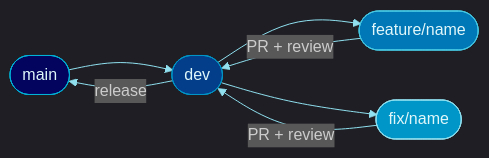
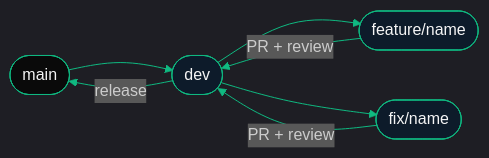
One commit to COS301-SE-2026/Neighbourhood-WatchDog changed the second of 2 diagrams in README.md. Above: the diagram before and after it, drawn with Mermaid. The commit also changed other lines of this file, not shown here.

````diff
--- a/README.md
+++ b/README.md
@@ -469,22 +469,22 @@
 ```mermaid
 %%{init: {'theme':'dark', 'themeVariables': {
-  'primaryColor':'#00B4D8','primaryTextColor':'#E0F7FA',
-  'primaryBorderColor':'#0096C7','lineColor':'#90E0EF',
-  'secondaryColor':'#0D1B2A','tertiaryColor':'#03045E','background':'#03045E'
+  'primaryColor':'#10B981','primaryTextColor':'#F5F5F5',
+  'primaryBorderColor':'#10B981','lineColor':'#10B981',
+  'secondaryColor':'#0D1B2A','tertiaryColor':'#0A0A0A','background':'#0A0A0A'
 }}}%%
 flowchart LR
     main(["main"]):::main
     dev(["dev"]):::dev
     feat(["feature/name"]):::feat
     fix(["fix/name"]):::fix
     main --> dev
     dev --> feat
     dev --> fix
     feat -->|PR + review| dev
     fix -->|PR + review| dev
     dev -->|release| main
-    classDef main fill:#03045E,color:#E0F7FA,stroke:#00B4D8
-    classDef dev  fill:#023E8A,color:#E0F7FA,stroke:#0096C7
-    classDef feat fill:#0077B6,color:#E0F7FA,stroke:#48CAE4
-    classDef fix  fill:#0096C7,color:#E0F7FA,stroke:#90E0EF
+    classDef main fill:#0A0A0A,color:#F5F5F5,stroke:#10B981
+    classDef dev  fill:#0D1B2A,color:#F5F5F5,stroke:#10B981
+    classDef feat fill:#0D1B2A,color:#F5F5F5,stroke:#10B981
+    classDef fix  fill:#0D1B2A,color:#F5F5F5,stroke:#10B981
 ```
````
